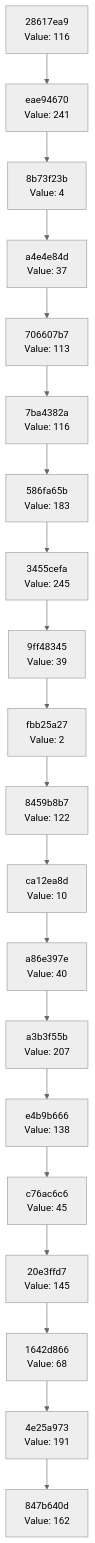
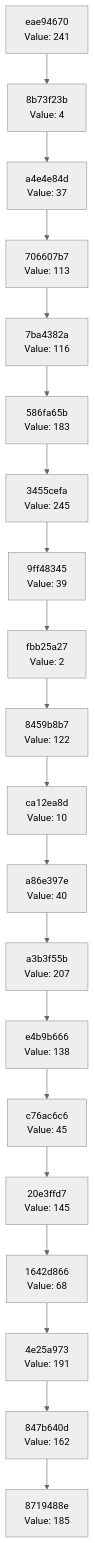
Before and after one commit to Abhisheksinha1506/hash-chain-evolver: the diagram in docs/CHAIN_VISUALIZATION.md, drawn with Mermaid (neutral theme). The commit also changed 2 other files, not shown here.

Commit message:
Evolution Step

````diff
--- a/docs/CHAIN_VISUALIZATION.md
+++ b/docs/CHAIN_VISUALIZATION.md
@@ -3,42 +3,42 @@
 ```mermaid
 graph TD
-    C0["847b640d<br/>Value: 162"]
-    C1["4e25a973<br/>Value: 191"]
+    C0["8719488e<br/>Value: 185"]
+    C1["847b640d<br/>Value: 162"]
     C1 --> C0
-    C2["1642d866<br/>Value: 68"]
+    C2["4e25a973<br/>Value: 191"]
     C2 --> C1
-    C3["20e3ffd7<br/>Value: 145"]
+    C3["1642d866<br/>Value: 68"]
     C3 --> C2
-    C4["c76ac6c6<br/>Value: 45"]
+    C4["20e3ffd7<br/>Value: 145"]
     C4 --> C3
-    C5["e4b9b666<br/>Value: 138"]
+    C5["c76ac6c6<br/>Value: 45"]
     C5 --> C4
-    C6["a3b3f55b<br/>Value: 207"]
+    C6["e4b9b666<br/>Value: 138"]
     C6 --> C5
-    C7["a86e397e<br/>Value: 40"]
+    C7["a3b3f55b<br/>Value: 207"]
     C7 --> C6
-    C8["ca12ea8d<br/>Value: 10"]
+    C8["a86e397e<br/>Value: 40"]
     C8 --> C7
-    C9["8459b8b7<br/>Value: 122"]
+    C9["ca12ea8d<br/>Value: 10"]
     C9 --> C8
-    C10["fbb25a27<br/>Value: 2"]
+    C10["8459b8b7<br/>Value: 122"]
     C10 --> C9
-    C11["9ff48345<br/>Value: 39"]
+    C11["fbb25a27<br/>Value: 2"]
     C11 --> C10
-    C12["3455cefa<br/>Value: 245"]
+    C12["9ff48345<br/>Value: 39"]
     C12 --> C11
-    C13["586fa65b<br/>Value: 183"]
+    C13["3455cefa<br/>Value: 245"]
     C13 --> C12
-    C14["7ba4382a<br/>Value: 116"]
+    C14["586fa65b<br/>Value: 183"]
     C14 --> C13
-    C15["706607b7<br/>Value: 113"]
+    C15["7ba4382a<br/>Value: 116"]
     C15 --> C14
-    C16["a4e4e84d<br/>Value: 37"]
+    C16["706607b7<br/>Value: 113"]
     C16 --> C15
-    C17["8b73f23b<br/>Value: 4"]
+    C17["a4e4e84d<br/>Value: 37"]
     C17 --> C16
-    C18["eae94670<br/>Value: 241"]
+    C18["8b73f23b<br/>Value: 4"]
     C18 --> C17
-    C19["28617ea9<br/>Value: 116"]
+    C19["eae94670<br/>Value: 241"]
     C19 --> C18
 ```
````
